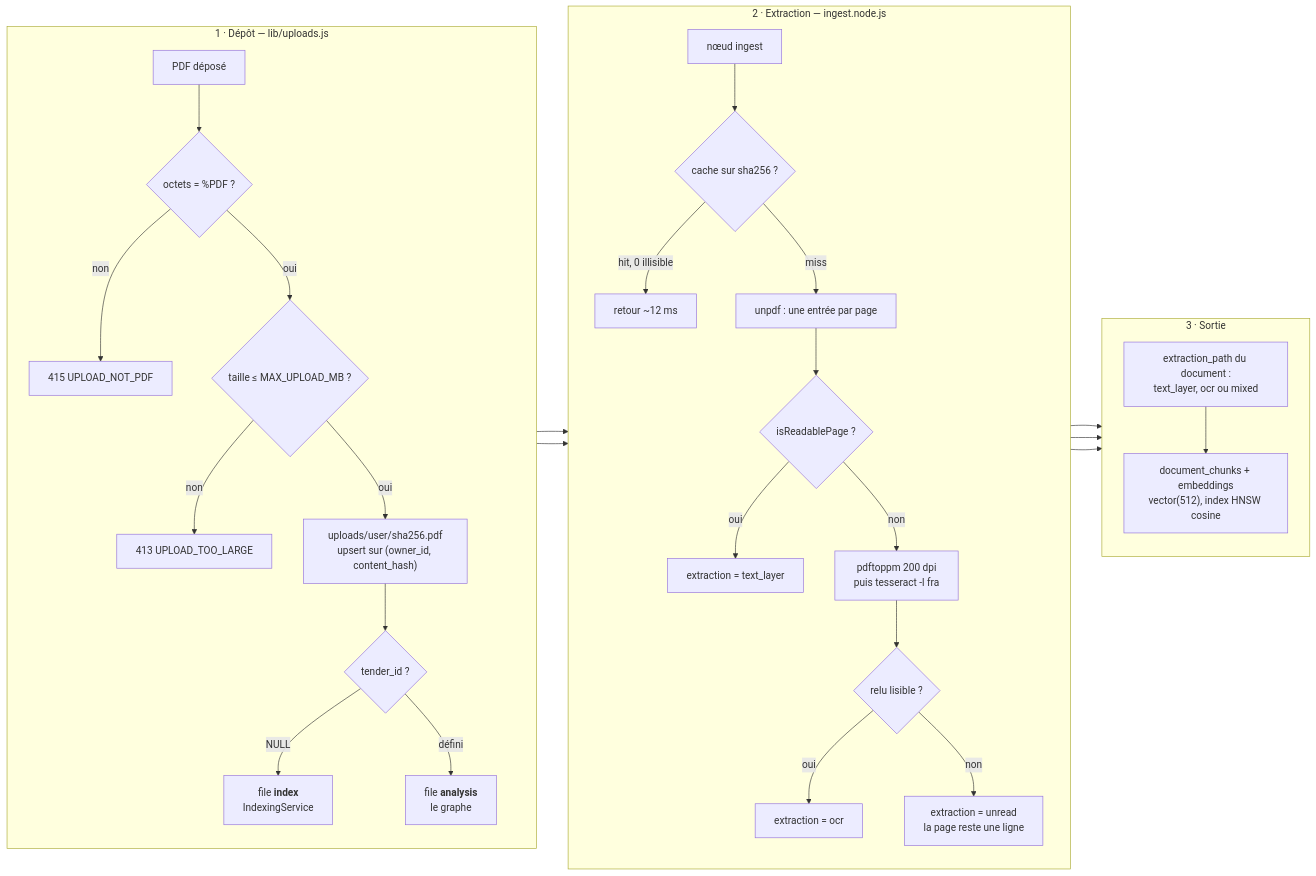
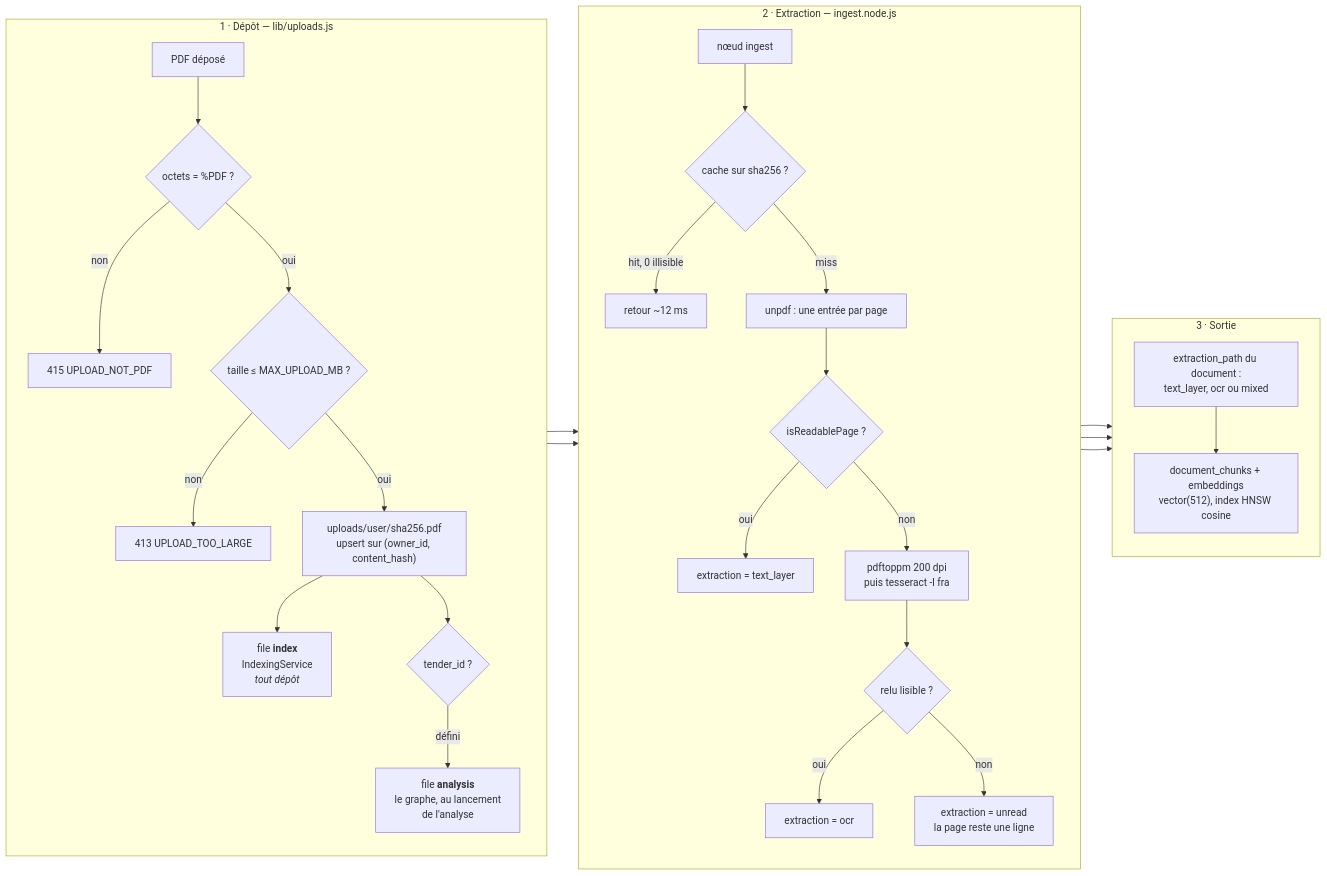
Before and after one commit to abdel-oue/TenderPilot: the seventh of 9 diagrams in docs/diagrams.md, drawn with Mermaid. The commit also changed other lines of this file and 6 other files, not shown here.

````diff
--- a/docs/diagrams.md
+++ b/docs/diagrams.md
@@ -190,40 +220,40 @@
 ```mermaid
 flowchart LR
   subgraph IN["1 · Dépôt — lib/uploads.js"]
     direction TB
     up["PDF déposé"] --> bytes{"octets = %PDF ?"}
     bytes -->|non| ko["415 UPLOAD_NOT_PDF"]
     bytes -->|oui| size{"taille ≤ MAX_UPLOAD_MB ?"}
     size -->|non| ko2["413 UPLOAD_TOO_LARGE"]
     size -->|oui| store["uploads/user/sha256.pdf<br/>upsert sur (owner_id, content_hash)"]
+    store --> idx["file <b>index</b><br/>IndexingService<br/><i>tout dépôt</i>"]
     store --> route{"tender_id ?"}
-    route -->|NULL| idx["file <b>index</b><br/>IndexingService"]
-    route -->|défini| ana["file <b>analysis</b><br/>le graphe"]
+    route -->|défini| ana["file <b>analysis</b><br/>le graphe, au lancement<br/>de l'analyse"]
   end
 
   subgraph ING["2 · Extraction — ingest.node.js"]
     direction TB
     ing["nœud ingest"] --> cache{"cache sur sha256 ?"}
     cache -->|"hit, 0 illisible"| done["retour ~12 ms"]
     cache -->|miss| pages["unpdf : une entrée par page"]
     pages --> read{"isReadablePage ?"}
     read -->|oui| tl["extraction = text_layer"]
     read -->|non| ocr["pdftoppm 200 dpi<br/>puis tesseract -l fra"]
     ocr --> read2{"relu lisible ?"}
     read2 -->|oui| o["extraction = ocr"]
     read2 -->|non| u["extraction = unread<br/>la page reste une ligne"]
   end
 
   subgraph OUT["3 · Sortie"]
     direction TB
     agg["extraction_path du document :<br/>text_layer, ocr ou mixed"]
     chunks["document_chunks + embeddings<br/>vector(512), index HNSW cosine"]
     agg --> chunks
   end
 
   idx --> ing
   ana --> ing
   tl --> agg
   o --> agg
   u --> agg
 ```
````
